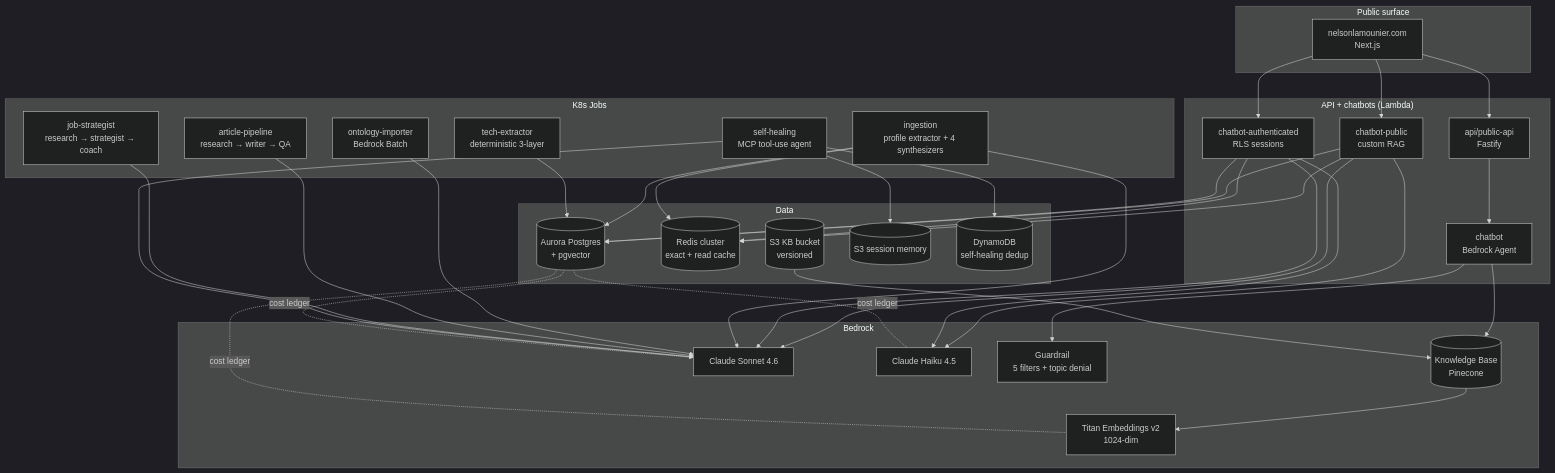
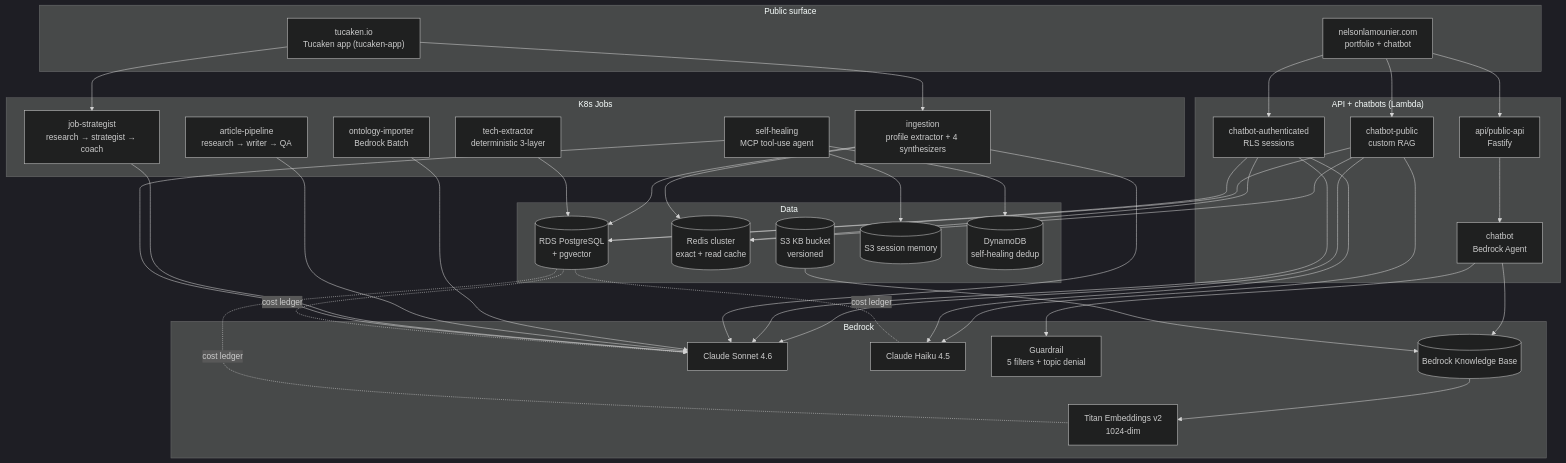
One commit to Nelson-Lamounier/ai-applications changed the diagram in README.md. Above: the diagram before and after it, drawn with Mermaid (dark theme). The commit also changed other lines of this file and 17 other files, not shown here.

````diff
--- a/README.md
+++ b/README.md
@@ -112,64 +114,67 @@
 ```mermaid
 flowchart TD
     subgraph "Public surface"
-        Web["nelsonlamounier.com<br/>Next.js"]
+        Tucaken["tucaken.io<br/>Tucaken app (tucaken-app)"]
+        Web["nelsonlamounier.com<br/>portfolio + chatbot"]
     end
 
     subgraph "API + chatbots (Lambda)"
         API[api/public-api<br/>Fastify]
         ChatbotMgd[chatbot<br/>Bedrock Agent]
         ChatbotPub[chatbot-public<br/>custom RAG]
         ChatbotAuth[chatbot-authenticated<br/>RLS sessions]
     end
 
     subgraph "K8s Jobs"
         Ingest[ingestion<br/>profile extractor + 4 synthesizers]
         TechE[tech-extractor<br/>deterministic 3-layer]
         Ont[ontology-importer<br/>Bedrock Batch]
         Art[article-pipeline<br/>research → writer → QA]
         Strat[job-strategist<br/>research → strategist → coach]
         SelfHeal[self-healing<br/>MCP tool-use agent]
     end
 
     subgraph "Bedrock"
-        KB[(Knowledge Base<br/>Pinecone)]
+        KB[(Bedrock Knowledge Base)]
         Sonnet[Claude Sonnet 4.6]
         Haiku[Claude Haiku 4.5]
         Titan[Titan Embeddings v2<br/>1024-dim]
         Guardrail[Guardrail<br/>5 filters + topic denial]
     end
 
     subgraph "Data"
-        Aurora[(Aurora Postgres<br/>+ pgvector)]
+        RDS[(RDS PostgreSQL<br/>+ pgvector)]
         Redis[(Redis cluster<br/>exact + read cache)]
         S3KB[(S3 KB bucket<br/>versioned)]
         S3Mem[(S3 session memory)]
         DDBDedup[(DynamoDB<br/>self-healing dedup)]
     end
 
+    Tucaken --> Strat
+    Tucaken --> Ingest
     Web --> API
     Web --> ChatbotPub
     Web --> ChatbotAuth
     API --> ChatbotMgd
     ChatbotMgd --> Guardrail
     ChatbotMgd --> KB
     KB --> Titan
-    ChatbotPub --> Aurora
+    ChatbotPub --> RDS
     ChatbotPub --> Sonnet
-    ChatbotAuth --> Aurora
+    ChatbotAuth --> RDS
     ChatbotAuth --> Sonnet
     ChatbotPub & ChatbotAuth --> Haiku
     Ingest --> Sonnet
-    Ingest --> Aurora
-    TechE --> Aurora
+    Ingest --> RDS
+    TechE --> RDS
     Ont --> Sonnet
     Art & Strat --> Sonnet
     SelfHeal --> Sonnet
     SelfHeal --> DDBDedup
     SelfHeal --> S3Mem
-    Aurora -.cost ledger.- Sonnet
-    Aurora -.cost ledger.- Haiku
-    Aurora -.cost ledger.- Titan
+    RDS -.cost ledger.- Sonnet
+    RDS -.cost ledger.- Haiku
+    RDS -.cost ledger.- Titan
     S3KB --> KB
     ChatbotPub & ChatbotAuth & Ingest --> Redis
 ```
````
